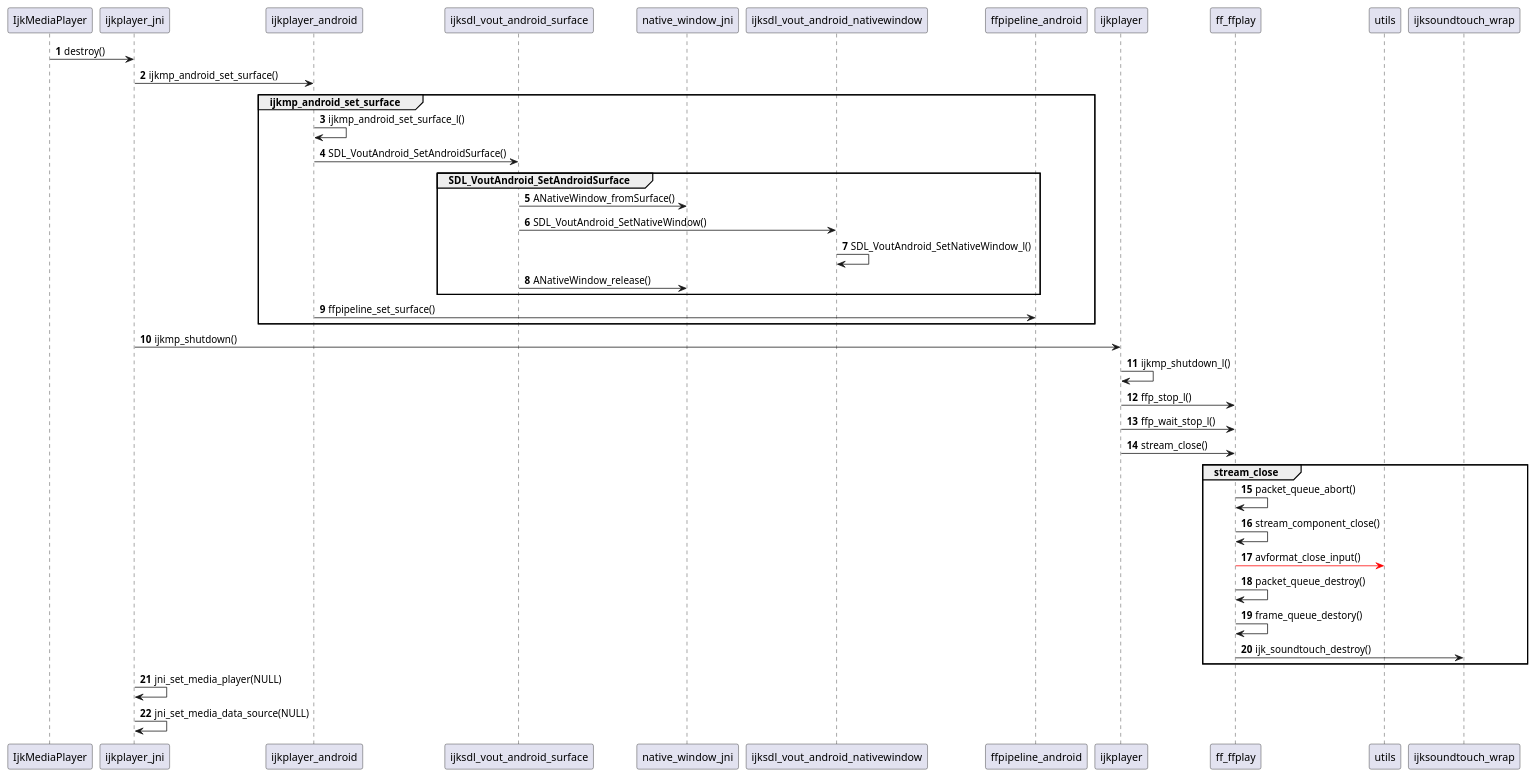
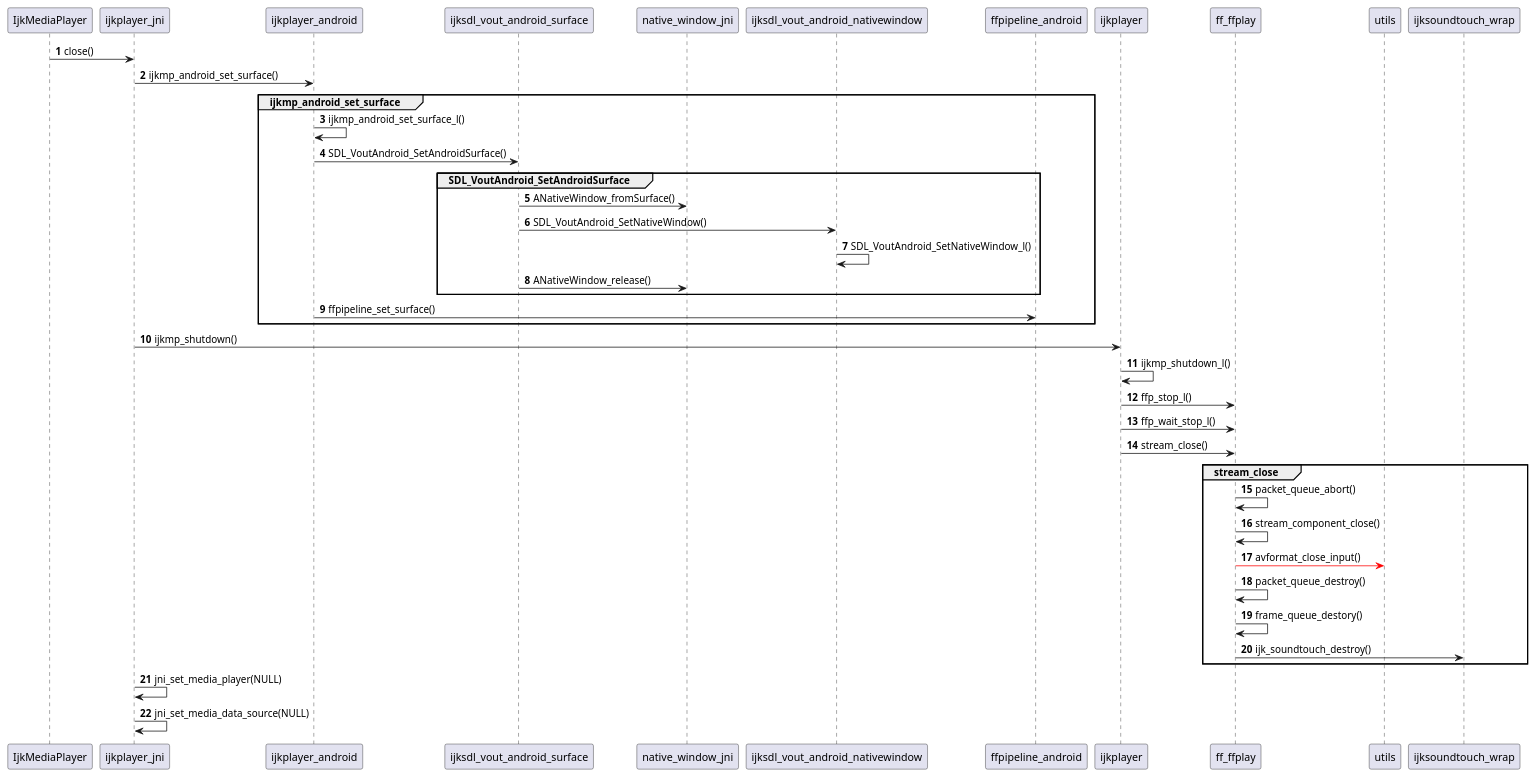
Before and after one commit to biezhihua/SMusic: the diagram in doc/IjkPlayer/Sequence/ijkplayer_jni-release.puml, drawn with PlantUML. The commit also changed 20 other files, not shown here.

```diff
--- a/doc/IjkPlayer/Sequence/ijkplayer_jni-release.puml
+++ b/doc/IjkPlayer/Sequence/ijkplayer_jni-release.puml
@@ -1,60 +1,60 @@
 @startuml
 autonumber
 
-IjkMediaPlayer -> ijkplayer_jni:destroy()
+IjkMediaPlayer -> ijkplayer_jni:close()
 
 ijkplayer_jni -> ijkplayer_android:ijkmp_android_set_surface()
 
 group ijkmp_android_set_surface
 
     ijkplayer_android -> ijkplayer_android:ijkmp_android_set_surface_l()
 
     ijkplayer_android -> ijksdl_vout_android_surface:SDL_VoutAndroid_SetAndroidSurface()
 
     group SDL_VoutAndroid_SetAndroidSurface
 
         ijksdl_vout_android_surface -> native_window_jni:ANativeWindow_fromSurface()
 
         ijksdl_vout_android_surface -> ijksdl_vout_android_nativewindow:SDL_VoutAndroid_SetNativeWindow()
 
         ijksdl_vout_android_nativewindow -> ijksdl_vout_android_nativewindow:SDL_VoutAndroid_SetNativeWindow_l()
 
         ijksdl_vout_android_surface -> native_window_jni:ANativeWindow_release()
 
     end
     ijkplayer_android -> ffpipeline_android:ffpipeline_set_surface()
 
 
 end
 
 ijkplayer_jni -> ijkplayer:ijkmp_shutdown()
 
 ijkplayer -> ijkplayer:ijkmp_shutdown_l()
 
 ijkplayer -> ff_ffplay:ffp_stop_l()
 
 ijkplayer -> ff_ffplay:ffp_wait_stop_l()
 
 ijkplayer -> ff_ffplay:stream_close()
 
 group stream_close
 
     ff_ffplay -> ff_ffplay:packet_queue_abort()
 
     ff_ffplay -> ff_ffplay:stream_component_close()
 
     ff_ffplay [#red]-> utils:avformat_close_input()
 
     ff_ffplay -> ff_ffplay:packet_queue_destroy()
 
     ff_ffplay -> ff_ffplay:frame_queue_destory()
 
     ff_ffplay -> ijksoundtouch_wrap:ijk_soundtouch_destroy()
 
 end
 
 ijkplayer_jni -> ijkplayer_jni:jni_set_media_player(NULL)
 
 ijkplayer_jni -> ijkplayer_jni:jni_set_media_data_source(NULL)
 
 @enduml
```
